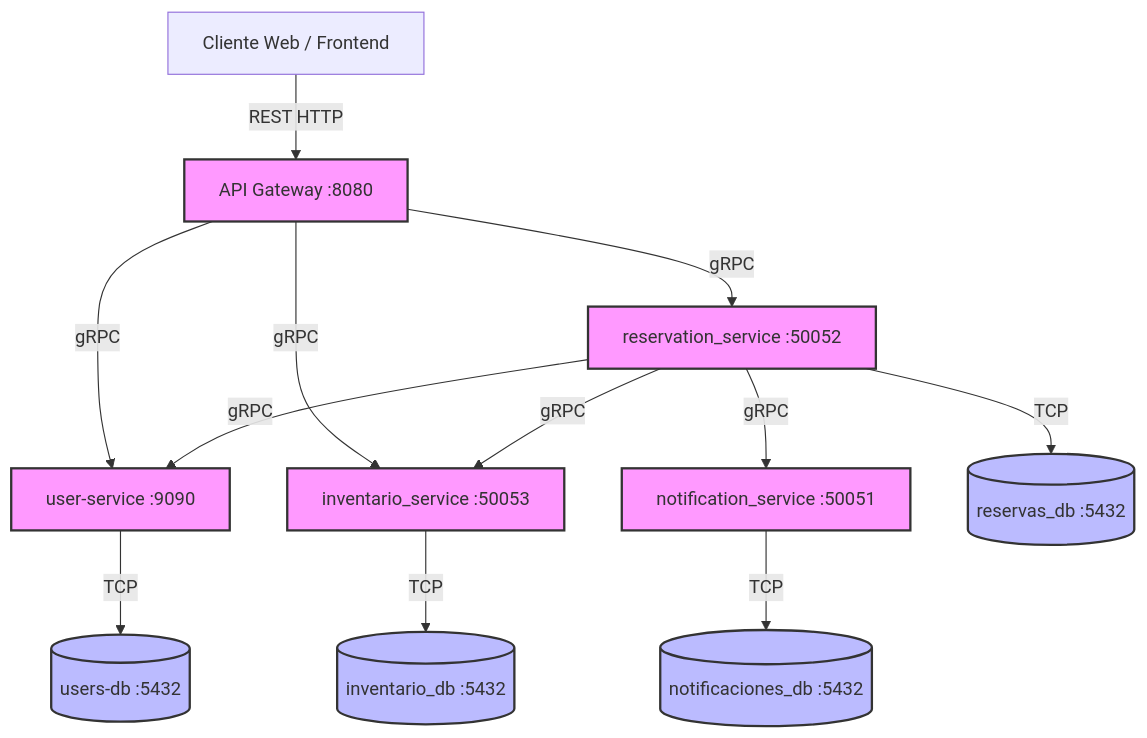
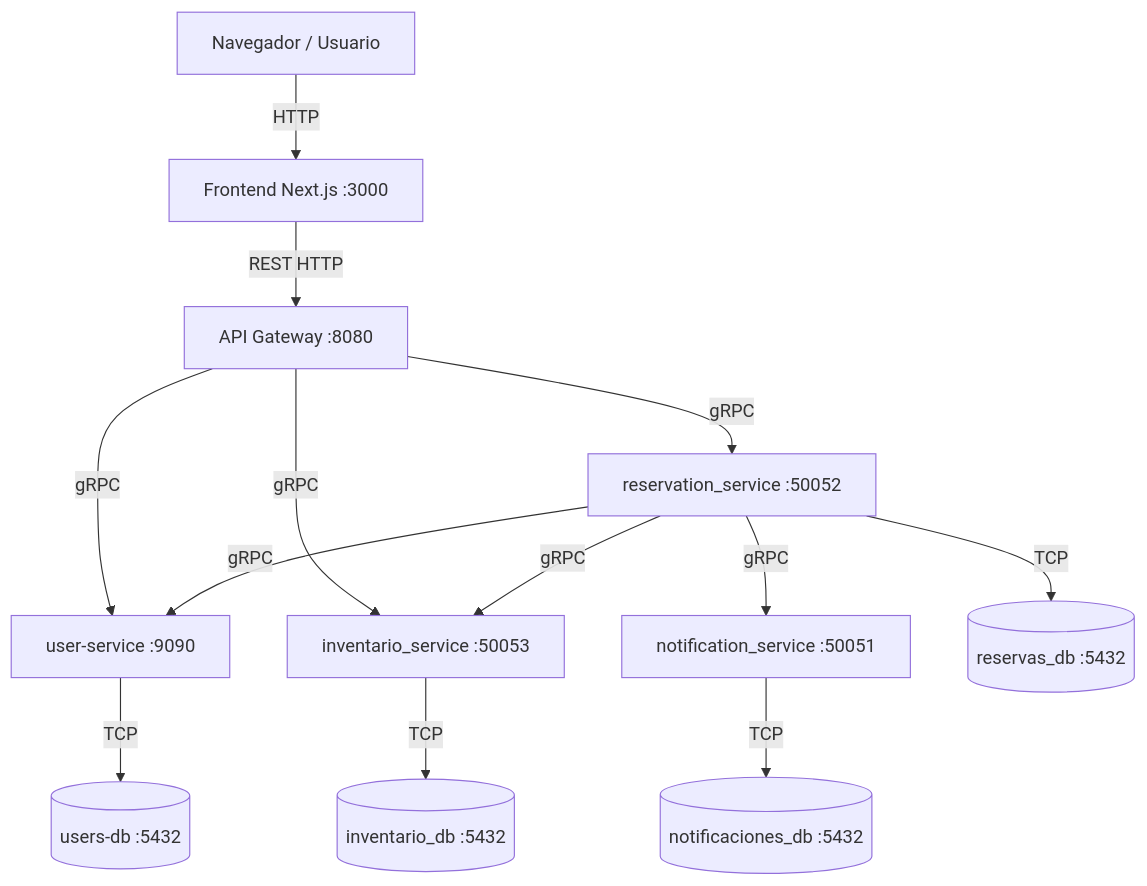
One commit to darkkings19/Proyecto-SD-Reserva-de-Hoteles changed the diagram in README.md. Above: the diagram before and after it, drawn with Mermaid.

Commit message:
Improve architecture documentation and operational README

````diff
--- a/README.md
+++ b/README.md
@@ -43,23 +43,22 @@
 ```mermaid
 graph TD
-    Client[Cliente Web / Frontend] -->|REST HTTP| Gateway[API Gateway :8080]
+    Browser[Navegador / Usuario]
+    Frontend[Frontend Next.js :3000]
+    Gateway[API Gateway :8080]
+
+    Browser -->|HTTP| Frontend
+    Frontend -->|REST HTTP| Gateway
 
     Gateway -->|gRPC| UserService[user-service :9090]
     Gateway -->|gRPC| InventoryService[inventario_service :50053]
     Gateway -->|gRPC| ReservationService[reservation_service :50052]
 
     ReservationService -->|gRPC| UserService
     ReservationService -->|gRPC| InventoryService
     ReservationService -->|gRPC| NotificationService[notification_service :50051]
 
     UserService -->|TCP| UserDB[(users-db :5432)]
     InventoryService -->|TCP| InvDB[(inventario_db :5432)]
     ReservationService -->|TCP| ResDB[(reservas_db :5432)]
     NotificationService -->|TCP| NotifDB[(notificaciones_db :5432)]
-
-    classDef service fill:#f9f,stroke:#333,stroke-width:2px;
-    classDef db fill:#bbf,stroke:#333,stroke-width:2px;
-    
-    class Gateway,UserService,InventoryService,ReservationService,NotificationService service;
-    class UserDB,InvDB,ResDB,NotifDB db;
 ```
````
